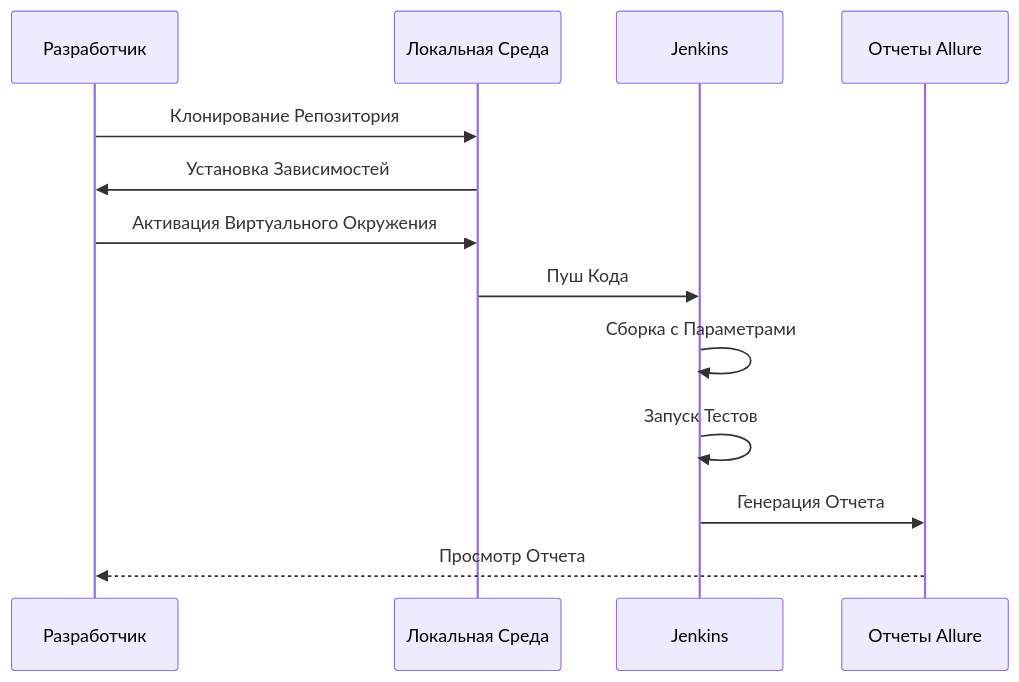
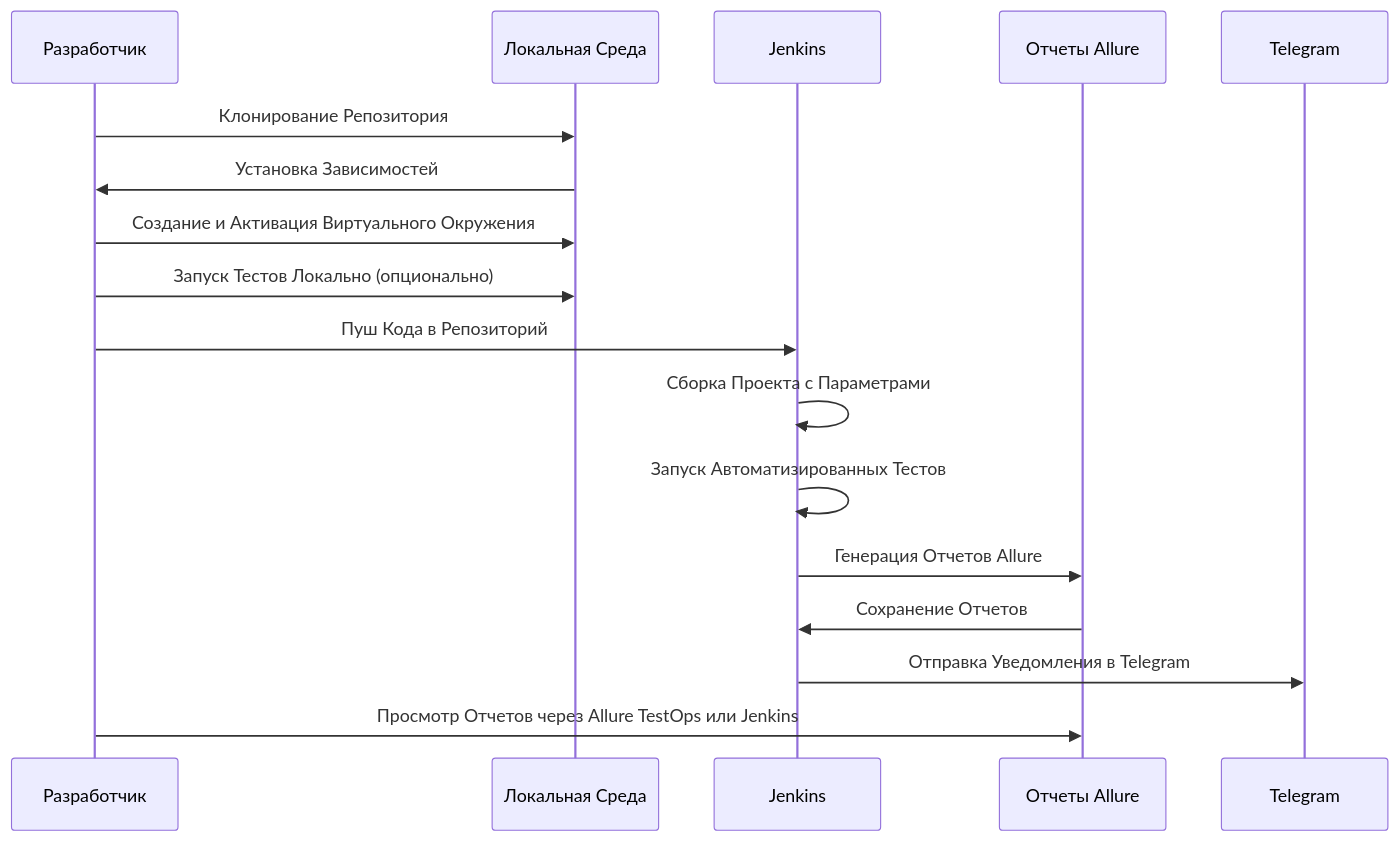
Before and after one commit to yarskii/petrovich: the diagram in README.md, drawn with Mermaid.

Commit message:
README.md

````diff
--- a/README.md
+++ b/README.md
@@ -216,16 +216,20 @@
 ```mermaid
 sequenceDiagram
     participant Developer as Разработчик
     participant LocalEnv as Локальная Среда
     participant Jenkins as Jenkins
     participant Allure as Отчеты Allure
+    participant Telegram as Telegram
 
     Developer->>LocalEnv: Клонирование Репозитория
     LocalEnv->>Developer: Установка Зависимостей
-    Developer->>LocalEnv: Активация Виртуального Окружения
-    LocalEnv->>Jenkins: Пуш Кода
-    Jenkins->>Jenkins: Сборка с Параметрами
-    Jenkins->>Jenkins: Запуск Тестов
-    Jenkins->>Allure: Генерация Отчета
-    Allure-->>Developer: Просмотр Отчета
+    Developer->>LocalEnv: Создание и Активация Виртуального Окружения
+    Developer->>LocalEnv: Запуск Тестов Локально (опционально)
+    Developer->>Jenkins: Пуш Кода в Репозиторий
+    Jenkins->>Jenkins: Сборка Проекта с Параметрами
+    Jenkins->>Jenkins: Запуск Автоматизированных Тестов
+    Jenkins->>Allure: Генерация Отчетов Allure
+    Allure->>Jenkins: Сохранение Отчетов
+    Jenkins->>Telegram: Отправка Уведомления в Telegram
+    Developer->>Allure: Просмотр Отчетов через Allure TestOps или Jenkins
 ```
````
